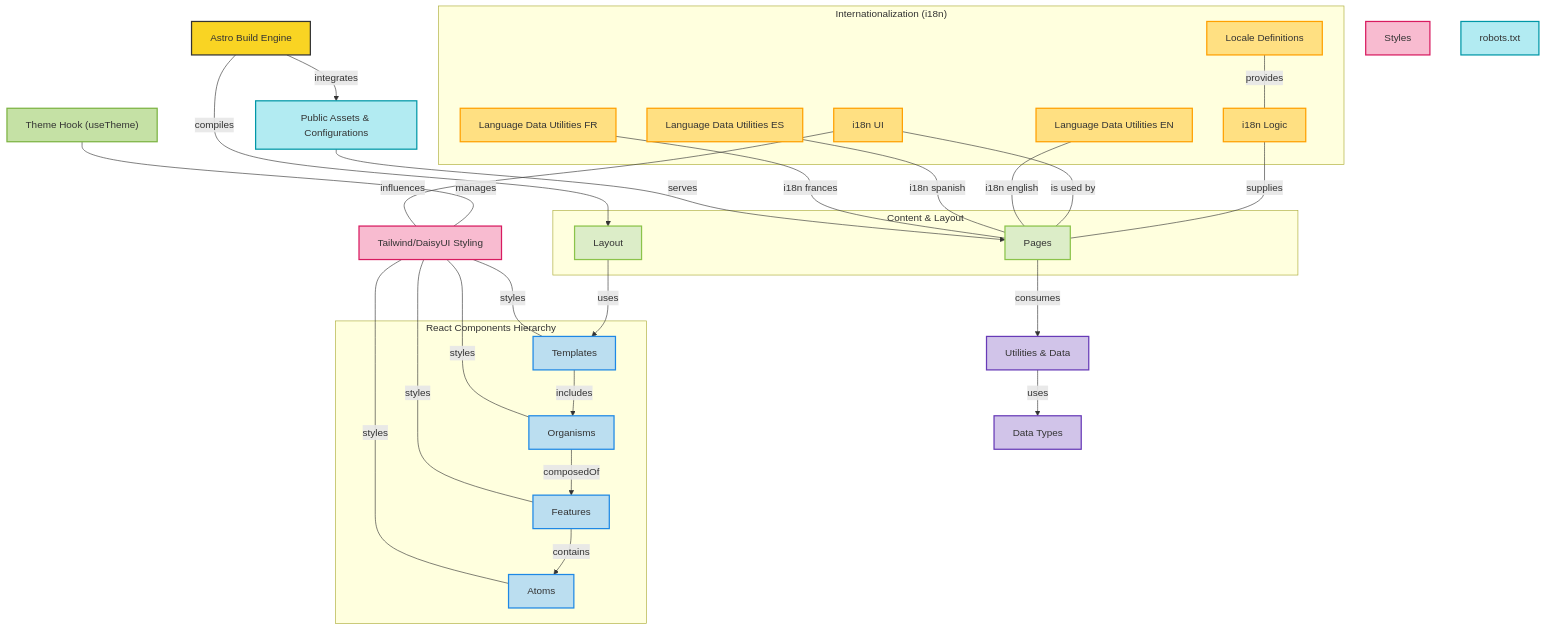
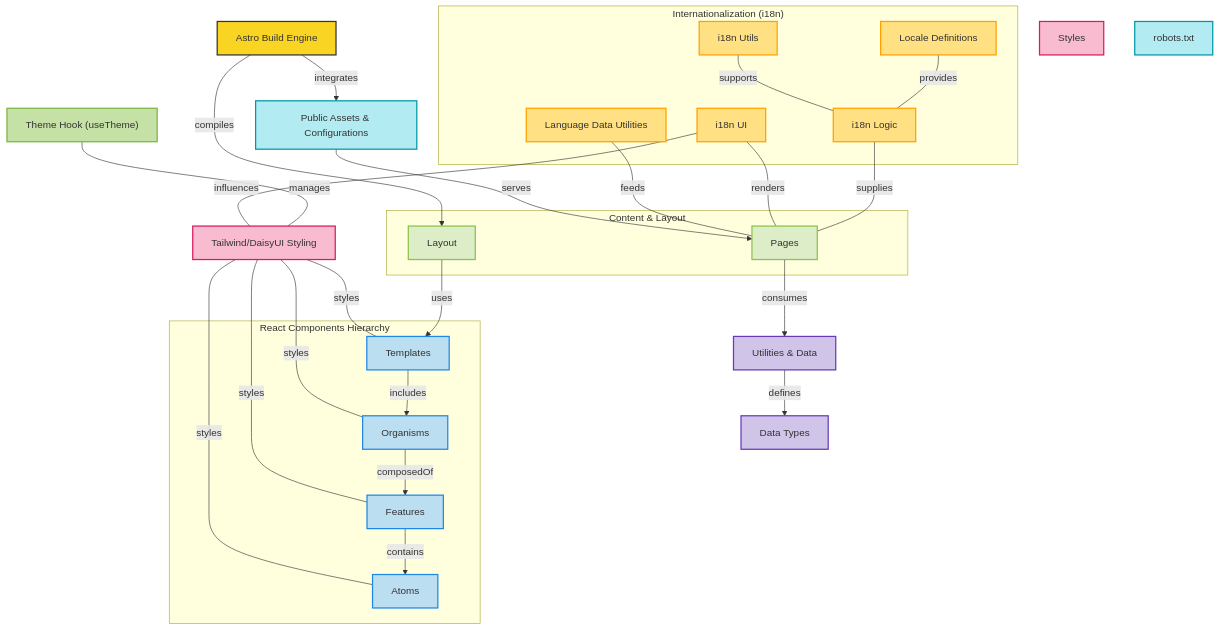
Before and after one commit to muke78/Portafolio: the diagram in README.md, drawn with Mermaid. The commit also changed other lines of this file, not shown here.

```diff
--- a/README.md
+++ b/README.md
@@ -43,12 +43,10 @@
         click IL "https://github.com/muke78/portafolio/blob/main/src/i18n/index.ts"
         IU["i18n UI"]:::i18n
         click IU "https://github.com/muke78/portafolio/blob/main/src/i18n/ui.ts"
-        LN["Language Data Utilities EN"]:::i18n
-        click LN "https://github.com/muke78/portafolio/tree/main/src/utils/en"
-        LE["Language Data Utilities ES"]:::i18n
-        click LE "https://github.com/muke78/portafolio/tree/main/src/utils/es"
-        LF["Language Data Utilities FR"]:::i18n
-        click LF "https://github.com/muke78/portafolio/tree/main/src/utils/fr"
+        IUT["i18n Utils"]:::i18n
+        click IUT "https://github.com/muke78/portafolio/blob/main/src/i18n/utils.ts"
+        LU["Language Data Utilities"]:::i18n
+        click LU "https://github.com/muke78/portafolio/tree/main/src/utils/en"
     end
 
     %% Content & Layout (Page Routing)
@@ -84,12 +82,11 @@
     TH ---|"manages"| S
     IL ---|"supplies"| P
     L ---|"provides"| IL
-    IU ---|"is used by"| P
-    LN ---|"i18n english"| P
-    LE ---|"i18n spanish"| P
-    LF ---|"i18n frances"| P
+    IU ---|"renders"| P
+    IUT ---|"supports"| IL
+    LU ---|"feeds"| P
     P -->|"consumes"| UD
-    UD -->|"uses"| DT
+    UD -->|"defines"| DT
     PA -->|"serves"| P
     AE -->|"integrates"| PA
     IU ---|"influences"| S
```
